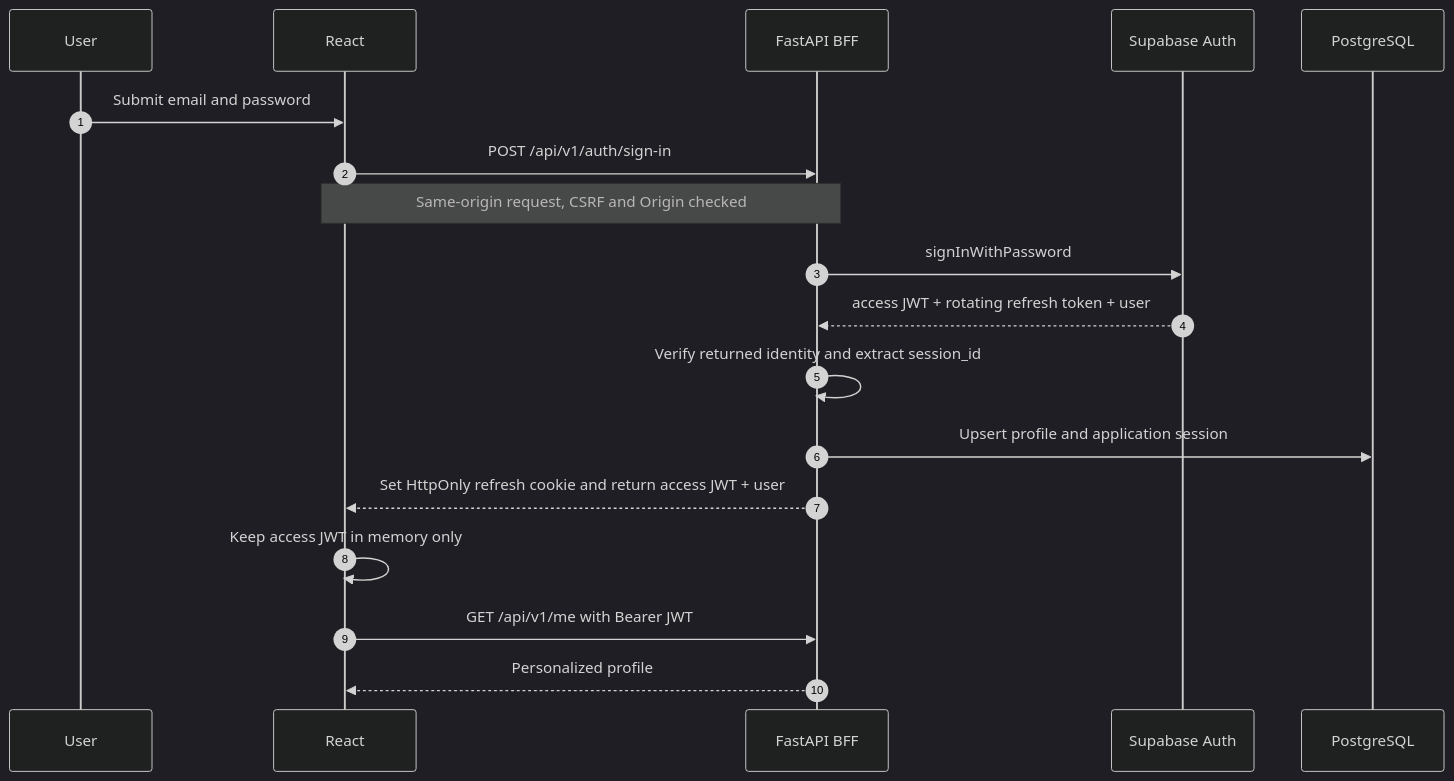
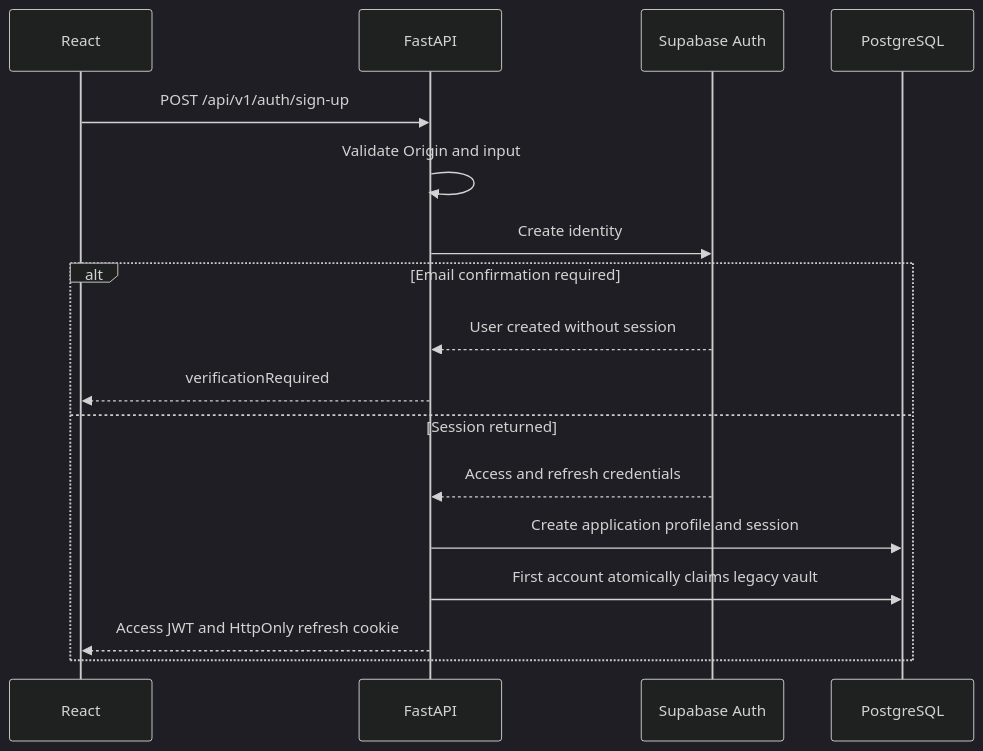
One commit to maheshdrago/blog-vault changed the third of 9 diagrams in docs/authentication-and-session-architecture.md. Above: the diagram before and after it, drawn with Mermaid (dark theme). The commit also changed other lines of this file and 59 other files, not shown here.

````diff
--- a/docs/authentication-and-session-architecture.md
+++ b/docs/authentication-and-session-architecture.md
@@ -195,21 +143,20 @@
 ```mermaid
 sequenceDiagram
-    autonumber
-    participant U as User
     participant R as React
-    participant F as FastAPI BFF
+    participant F as FastAPI
     participant S as Supabase Auth
     participant D as PostgreSQL
 
-    U->>R: Submit email and password
-    R->>F: POST /api/v1/auth/sign-in
-    Note over R,F: Same-origin request, CSRF and Origin checked
-    F->>S: signInWithPassword
-    S-->>F: access JWT + rotating refresh token + user
-    F->>F: Verify returned identity and extract session_id
-    F->>D: Upsert profile and application session
-    F-->>R: Set HttpOnly refresh cookie and return access JWT + user
-    R->>R: Keep access JWT in memory only
-    R->>F: GET /api/v1/me with Bearer JWT
-    F-->>R: Personalized profile
+    R->>F: POST /api/v1/auth/sign-up
+    F->>F: Validate Origin and input
+    F->>S: Create identity
+    alt Email confirmation required
+        S-->>F: User created without session
+        F-->>R: verificationRequired
+    else Session returned
+        S-->>F: Access and refresh credentials
+        F->>D: Create application profile and session
+        F->>D: First account atomically claims legacy vault
+        F-->>R: Access JWT and HttpOnly refresh cookie
+    end
 ```
````
